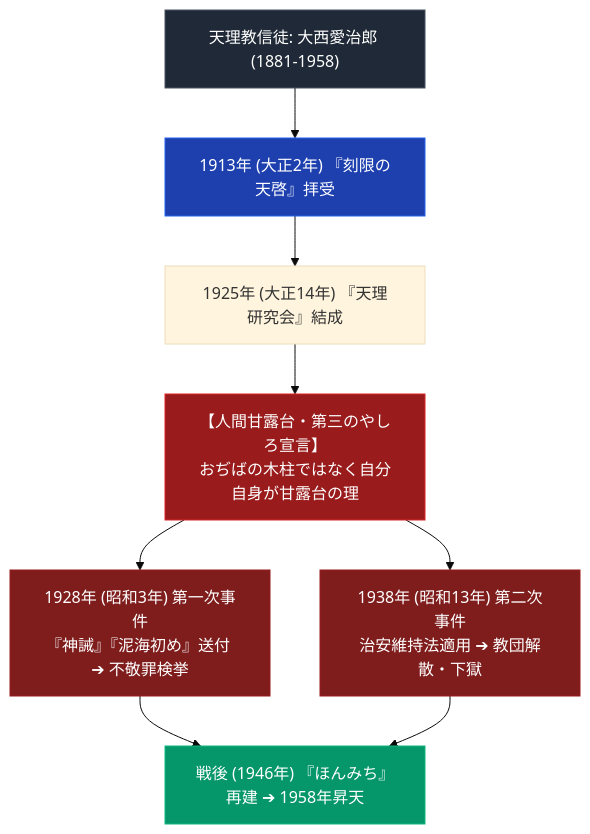
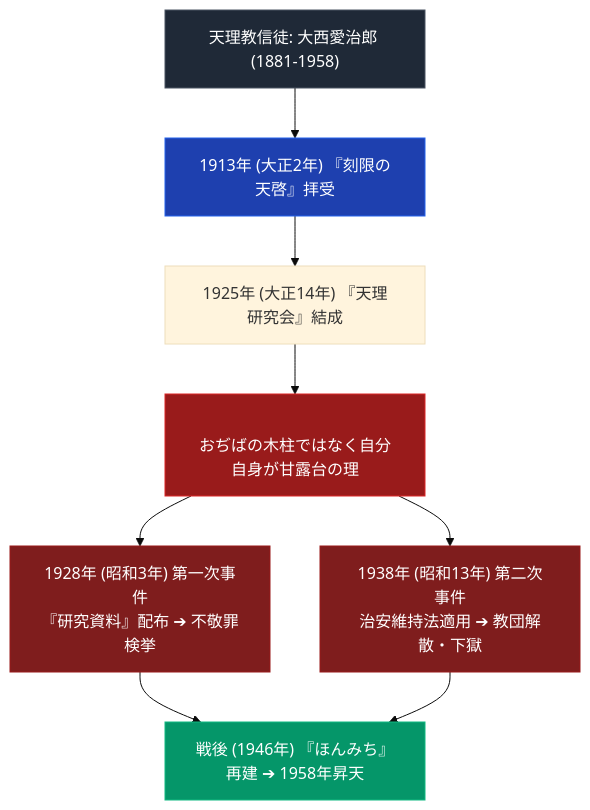
Before and after one commit to iida-masashi/religion-garden: the diagram in content/01_宗派・異端研究/09_人物/大西愛治郎.md, drawn with Mermaid (base theme). The commit also changed other lines of this file and 251 other files, not shown here.

````diff
--- a/content/01_宗派・異端研究/09_人物/大西愛治郎.md
+++ b/content/01_宗派・異端研究/09_人物/大西愛治郎.md
@@ -26,18 +26,18 @@
 ```mermaid
 graph TD
-    A["<div style='color:#ffffff;'>天理教信徒: 大西愛治郎 (1881-1958)</div>"] --> B1["<div style='color:#ffffff;'>1913年 (大正2年) 『刻限の天啓』拝受</div>"]
-    B1 --> B2["1925年 (大正14年) 『天理研究会』結成"]
-    B2 --> C["<div style='color:#ffffff;'>【人間甘露台・第三のやしろ宣言】<br>おぢばの木柱ではなく自分自身が甘露台の理</div>"]
-    
-    C --> D1["<div style='color:#ffffff;'>1928年 (昭和3年) 第一次事件<br>『神誡』『泥海初め』送付 ➔ 不敬罪検挙</div>"]
-    C --> D2["<div style='color:#ffffff;'>1938年 (昭和13年) 第二次事件<br>治安維持法適用 ➔ 教団解散・下獄</div>"]
-    
-    D1 & D2 --> E["<div style='color:#ffffff;'>戦後 (1946年) 『ほんみち』再建 ➔ 1958年昇天</div>"]
-    
-    style A fill:#1f2937,stroke:#4b5563,color:#fff
-    style B1 fill:#1e40af,stroke:#2563eb,color:#fff
-    style C fill:#991b1b,stroke:#dc2626,color:#fff
-    style D1 fill:#7f1d1d,stroke:#991b1b,color:#fff
-    style D2 fill:#7f1d1d,stroke:#991b1b,color:#fff
-    style E fill:#059669,stroke:#10b981,color:#fff
+A["<div style='color:#ffffff;'>天理教信徒: 大西愛治郎 (1881-1958)</div>"] --> B1["<div style='color:#ffffff;'>1913年 (大正2年) 『刻限の天啓』拝受</div>"]
+B1 --> B2["1925年 (大正14年) 『天理研究会』結成"]
+B2 --> C["<div style='color:#ffffff;'><br>おぢばの木柱ではなく自分自身が甘露台の理</div>"]
+
+C --> D1["<div style='color:#ffffff;'>1928年 (昭和3年) 第一次事件<br>『研究資料』配布 ➔ 不敬罪検挙</div>"]
+C --> D2["<div style='color:#ffffff;'>1938年 (昭和13年) 第二次事件<br>治安維持法適用 ➔ 教団解散・下獄</div>"]
+
+D1 & D2 --> E["<div style='color:#ffffff;'>戦後 (1946年) 『ほんみち』再建 ➔ 1958年昇天</div>"]
+
+style A fill:#1f2937,stroke:#4b5563,color:#fff
+style B1 fill:#1e40af,stroke:#2563eb,color:#fff
+style C fill:#991b1b,stroke:#dc2626,color:#fff
+style D1 fill:#7f1d1d,stroke:#991b1b,color:#fff
+style D2 fill:#7f1d1d,stroke:#991b1b,color:#fff
+style E fill:#059669,stroke:#10b981,color:#fff
 ```
````
